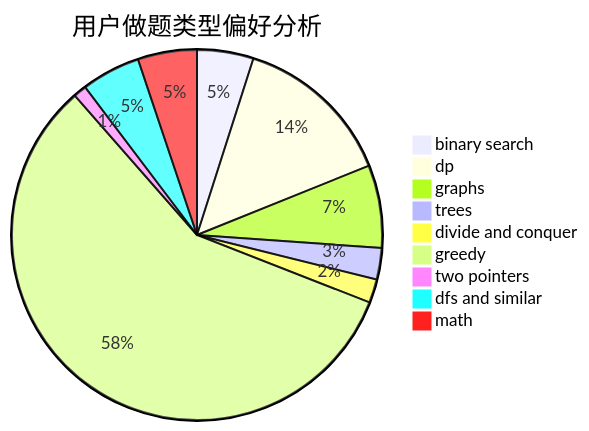
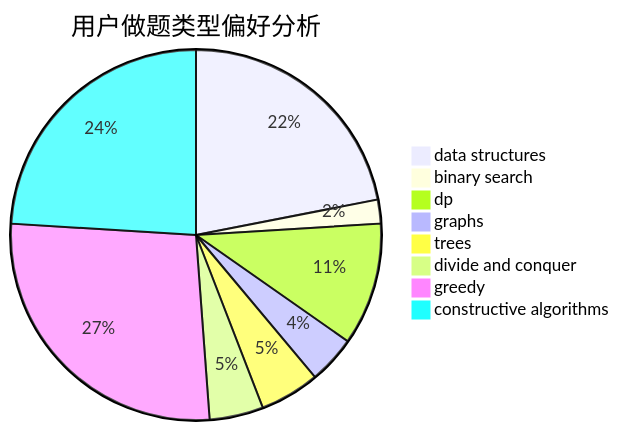
The second of 3 diagrams in docs/user/u2044.md (sherpahu/cfrs.github.io), drawn with Mermaid before and after one commit. The commit also changed other lines of this file and 2775 other files, not shown here.

````diff
--- a/docs/user/u2044.md
+++ b/docs/user/u2044.md
@@ -23,12 +23,11 @@
 ```mermaid
 pie title 用户做题类型偏好分析
-    "binary search" :  43
-    "dp" :  122
-    "graphs" :  63
-    "trees" :  24
+    "data structures" :  84
+    "binary search" :  8
+    "dp" :  41
+    "graphs" :  16
+    "trees" :  20
     "divide and conquer" :  18
-    "greedy" :  503
-    "two pointers" :  10
-    "dfs and similar" :  45
-    "math" :  45
+    "greedy" :  104
+    "constructive algorithms" :  92
 ```
````
